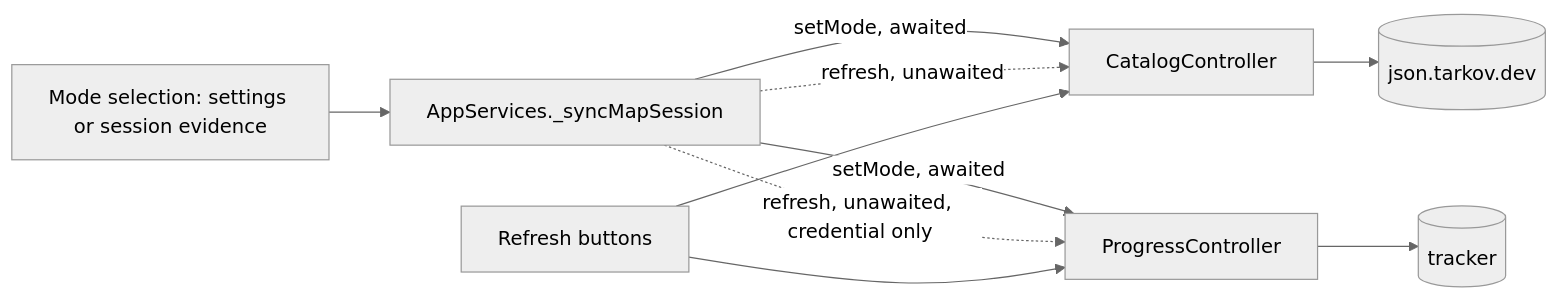
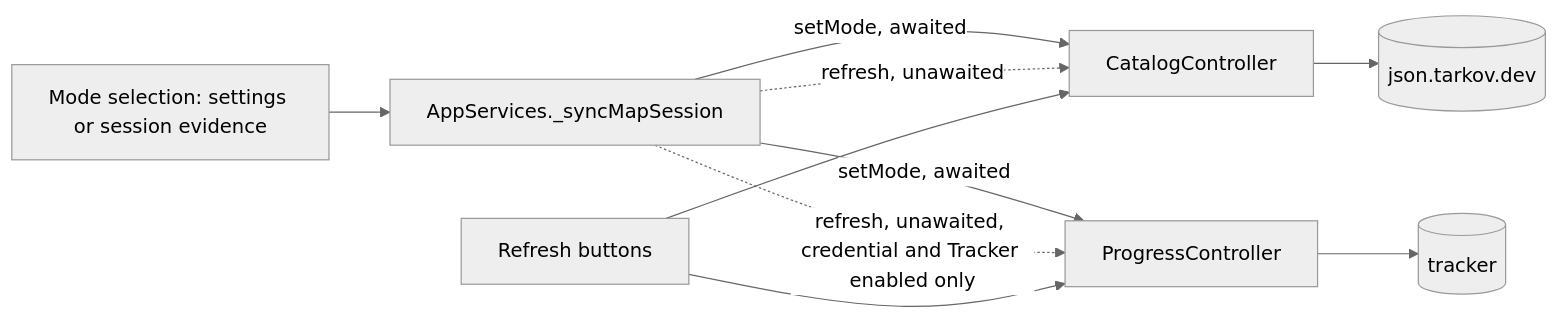
Before and after one commit to sh1ny/blackgrid: the second of 2 diagrams in openspec/changes/add-catalog-startup-refresh/design.md, drawn with Mermaid (neutral theme). The commit also changed other lines of this file and 3 other files, not shown here.

````diff
--- a/openspec/changes/add-catalog-startup-refresh/design.md
+++ b/openspec/changes/add-catalog-startup-refresh/design.md
@@ -89,12 +89,12 @@
 ```mermaid
 flowchart LR
     Sel[Mode selection: settings or session evidence] --> AS[AppServices._syncMapSession]
     AS -->|setMode, awaited| CC[CatalogController]
     AS -->|setMode, awaited| PC[ProgressController]
     AS -.->|refresh, unawaited| CC
-    AS -.->|refresh, unawaited, credential only| PC
+    AS -.->|refresh, unawaited, credential and Tracker enabled only| PC
     CC --> CDN[(json.tarkov.dev)]
     PC --> TR[(tracker)]
     UI[Refresh buttons] --> CC
     UI --> PC
 ```
````
